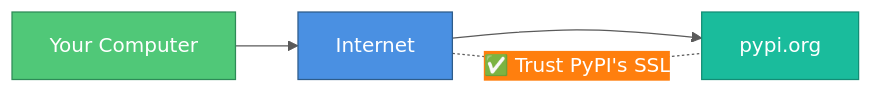
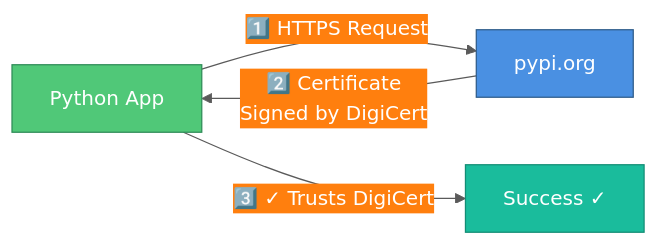
The first of 3 diagrams in devops/enterprise-python-setup.md (nagarjunr/A_Developers_Diary), drawn with Mermaid before and after one commit. The commit also changed other lines of this file, not shown here.

Commit message:
Updating Enterprise Python SSL Errors Document. Adding more details.

````diff
--- a/devops/enterprise-python-setup.md
+++ b/devops/enterprise-python-setup.md
@@ -48,11 +54,11 @@
 ```mermaid
 %%{init: {'theme':'base', 'themeVariables': { 'primaryColor':'#1f77b4','primaryTextColor':'#fff','primaryBorderColor':'#145a8c','lineColor':'#5a5a5a','secondaryColor':'#ff7f0e','tertiaryColor':'#2ca02c'}}}%%
 graph LR
-    A[Your Computer]:::green --> B[Internet]:::blue
-    B --> C[pypi.org]:::teal
-    B -.-|✅ Trust PyPI's SSL| C
+    A[Python App]:::green -->|1️⃣ HTTPS Request| B[pypi.org]:::blue
+    B -->|2️⃣ Certificate<br/>Signed by DigiCert| A
+    A -->|3️⃣ ✓ Trusts DigiCert| C[Success ✓]:::teal
 
     classDef green fill:#50C878,stroke:#2E8B57,color:#fff
     classDef blue fill:#4A90E2,stroke:#2E5C8A,color:#fff
     classDef teal fill:#1ABC9C,stroke:#138D75,color:#fff
 ```
````
